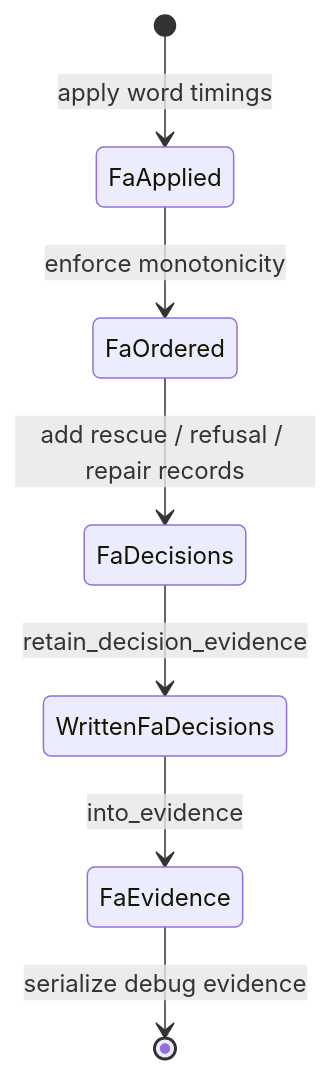
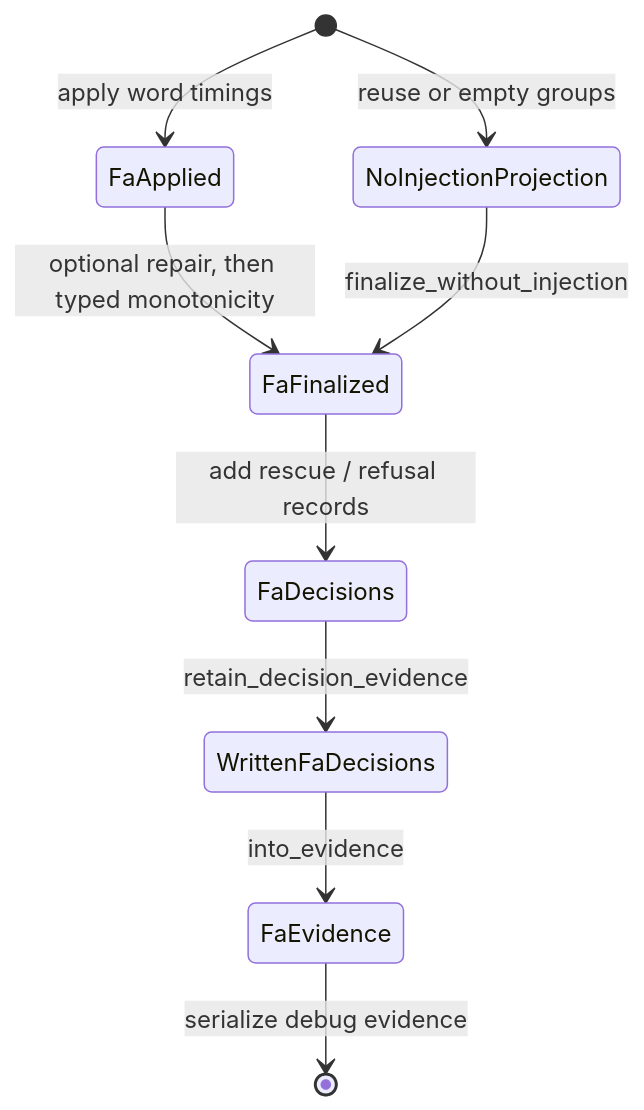
Before and after one commit to TalkBank/talkbank-tools: the second of 2 diagrams in book/src/batchalign/developer/decision-provenance.md, drawn with Mermaid. The commit also changed other lines of this file and 84 other files, not shown here.

````diff
--- a/book/src/batchalign/developer/decision-provenance.md
+++ b/book/src/batchalign/developer/decision-provenance.md
@@ -69,9 +69,11 @@
 ```mermaid
 stateDiagram-v2
     [*] --> FaApplied: apply word timings
-    FaApplied --> FaOrdered: enforce monotonicity
-    FaOrdered --> FaDecisions: add rescue / refusal / repair records
+    [*] --> NoInjectionProjection: reuse or empty groups
+    FaApplied --> FaFinalized: optional repair, then typed monotonicity
+    NoInjectionProjection --> FaFinalized: finalize_without_injection
+    FaFinalized --> FaDecisions: add rescue / refusal records
     FaDecisions --> WrittenFaDecisions: retain_decision_evidence
     WrittenFaDecisions --> FaEvidence: into_evidence
     FaEvidence --> [*]: serialize debug evidence
 ```
````
